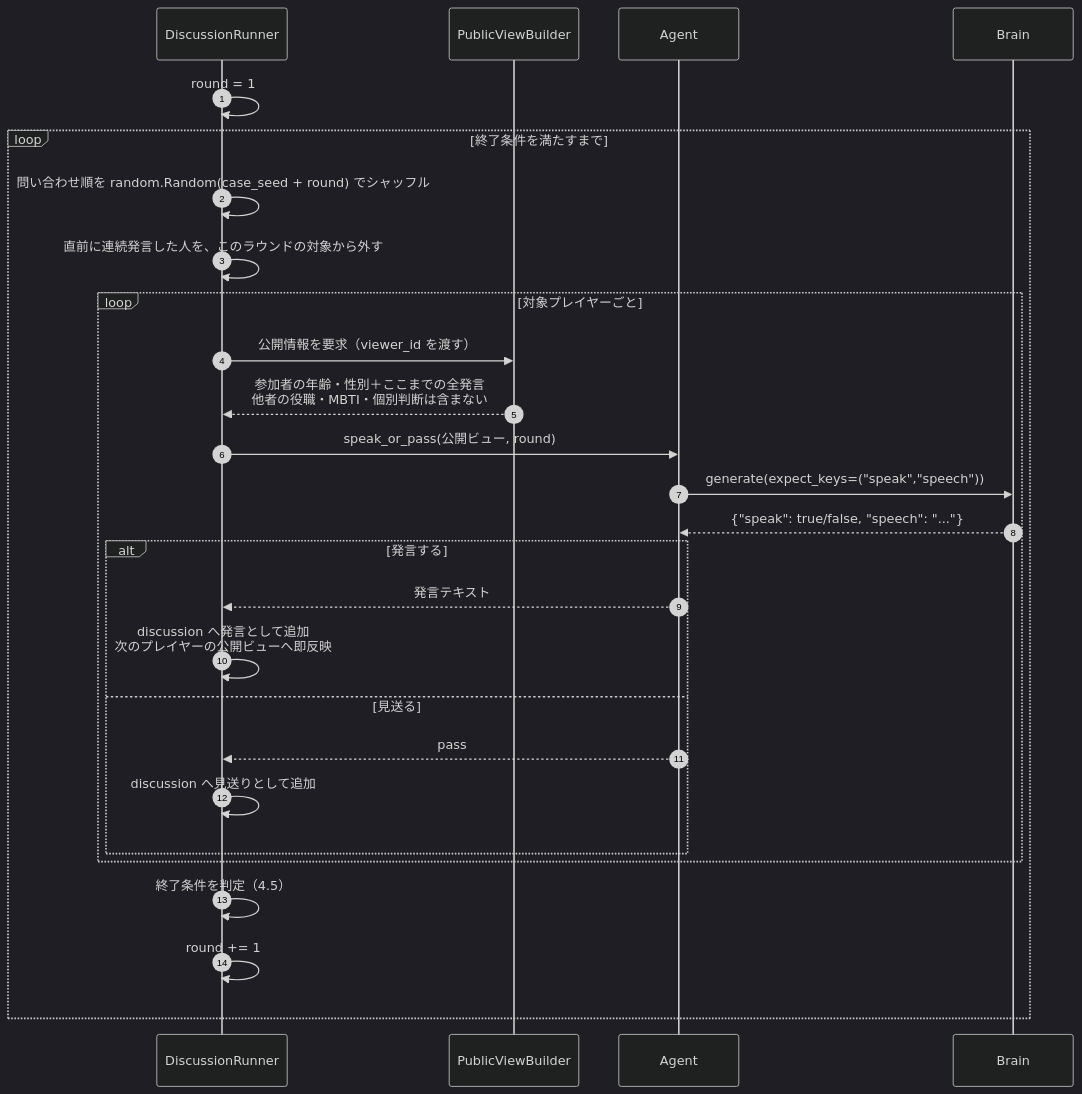
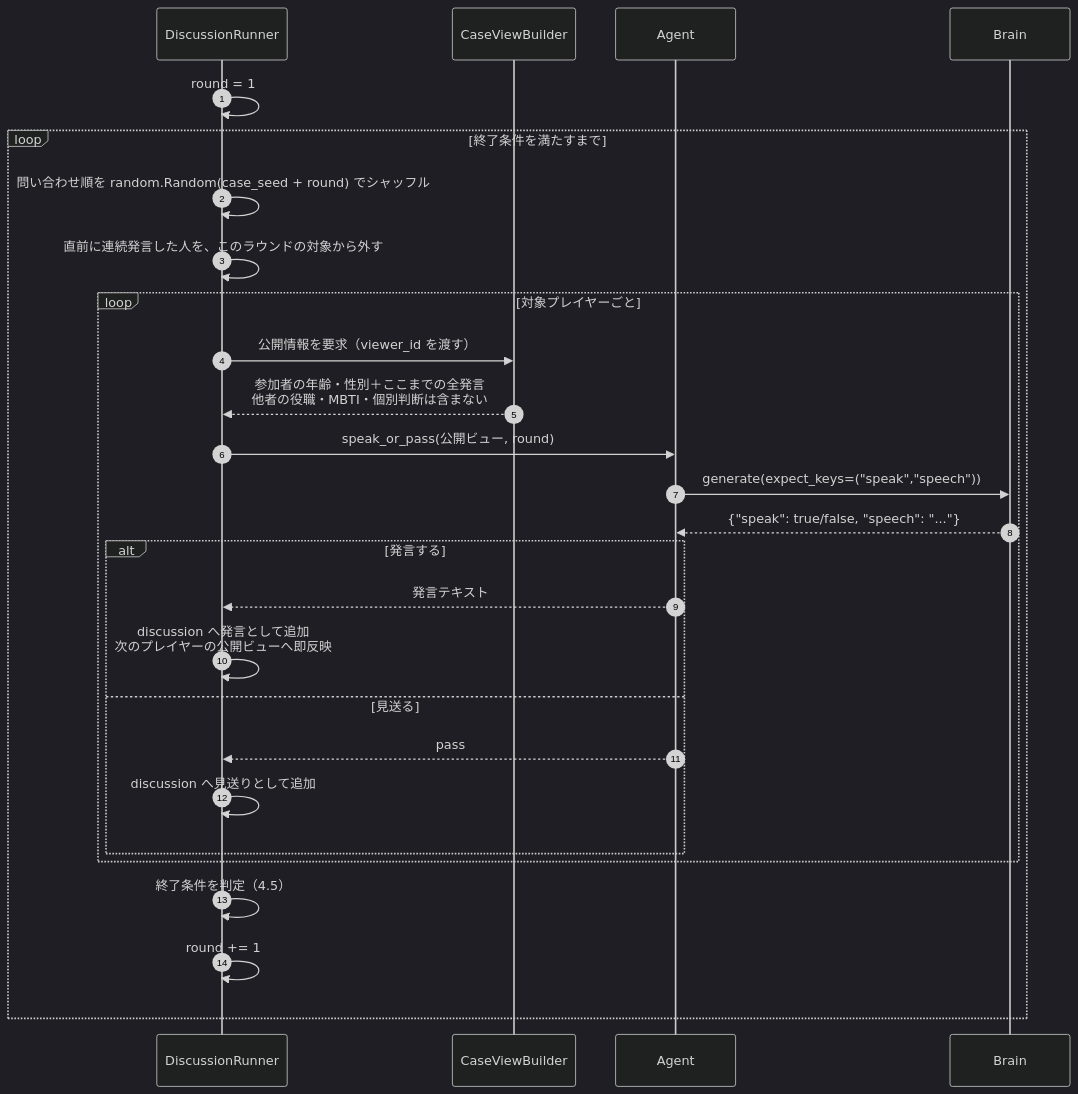
The fourth of 11 diagrams in docs/design.md (ziriss8120121/hackathon-test), drawn with Mermaid (dark theme) before and after one commit. The commit also changed other lines of this file and 66 other files, not shown here.

````diff
--- a/docs/design.md
+++ b/docs/design.md
@@ -502,30 +524,30 @@
 ```mermaid
 sequenceDiagram
     autonumber
     participant D as DiscussionRunner
-    participant VW as PublicViewBuilder
+    participant VW as CaseViewBuilder
     participant A as Agent
     participant B as Brain
 
     D->>D: round = 1
     loop 終了条件を満たすまで
         D->>D: 問い合わせ順を random.Random(case_seed + round) でシャッフル
         D->>D: 直前に連続発言した人を、このラウンドの対象から外す
         loop 対象プレイヤーごと
             D->>VW: 公開情報を要求（viewer_id を渡す）
             VW-->>D: 参加者の年齢・性別＋ここまでの全発言<br/>他者の役職・MBTI・個別判断は含まない
             D->>A: speak_or_pass(公開ビュー, round)
             A->>B: generate(expect_keys=("speak","speech"))
             B-->>A: {"speak": true/false, "speech": "..."}
             alt 発言する
                 A-->>D: 発言テキスト
                 D->>D: discussion へ発言として追加<br/>次のプレイヤーの公開ビューへ即反映
             else 見送る
                 A-->>D: pass
                 D->>D: discussion へ見送りとして追加
             end
         end
         D->>D: 終了条件を判定（4.5）
         D->>D: round += 1
     end
 ```
````
